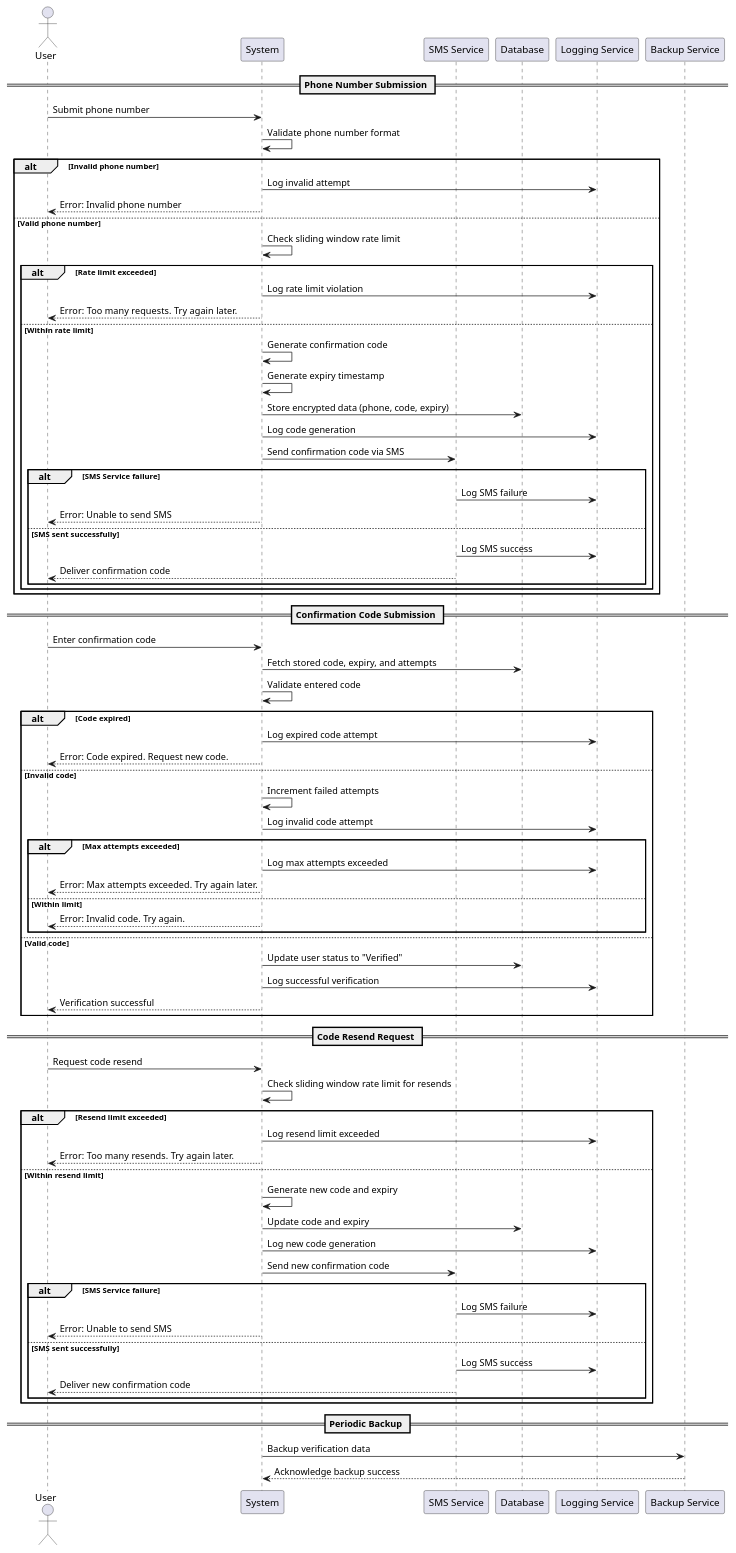
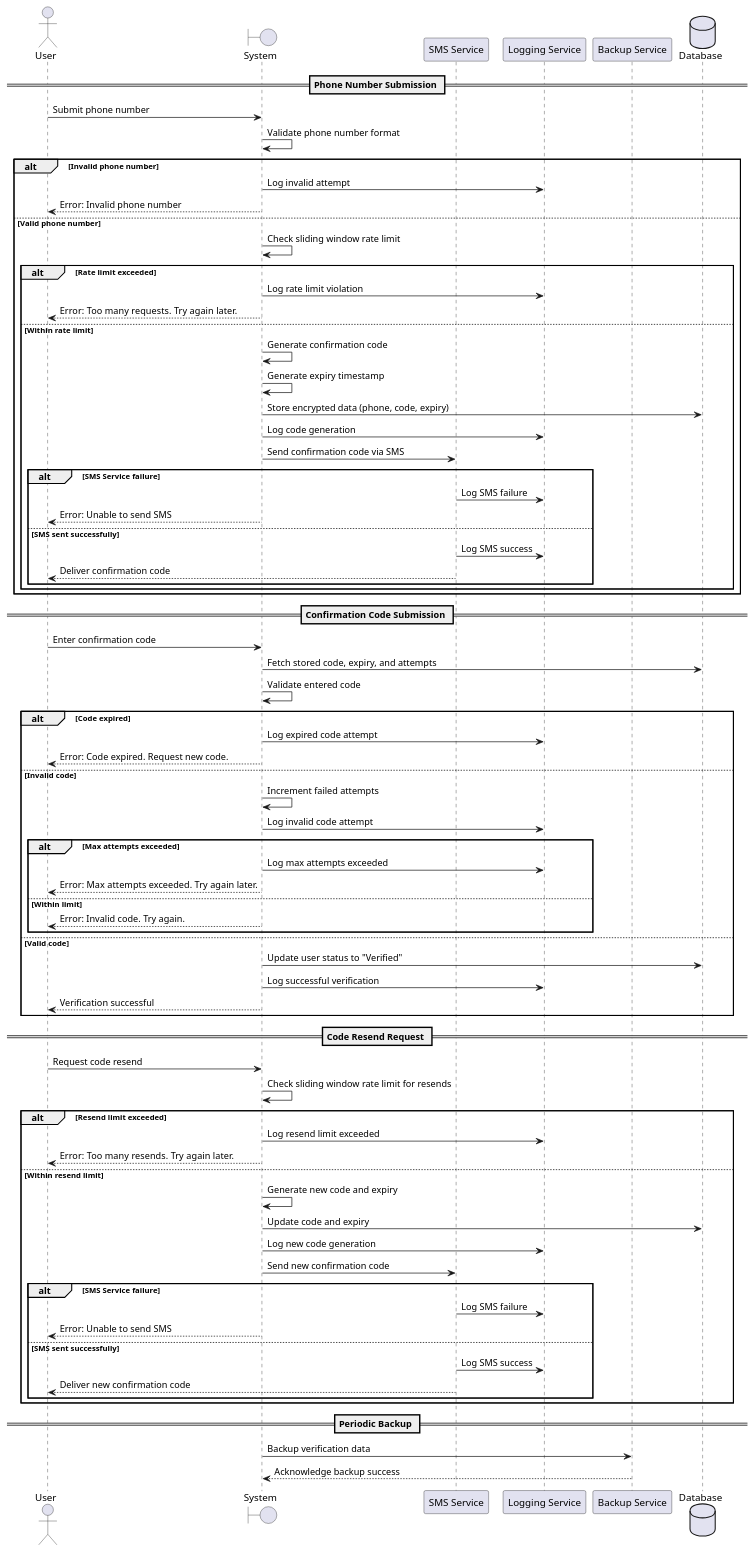
Before and after one commit to jayd719/PhoneNumberVerification: the diagram in docs/serviceinteractionflows.plantuml, drawn with PlantUML. The commit also changed 10 other files, not shown here.

```diff
--- a/docs/serviceinteractionflows.plantuml
+++ b/docs/serviceinteractionflows.plantuml
@@ -1,82 +1,82 @@
 @startuml serverInter
 actor User
-participant "System" as System
+boundary "System" as System
 participant "SMS Service" as SMS
-participant "Database" as DB
 participant "Logging Service" as Log
 participant "Backup Service" as Backup
+database "Database" as DB
 
 == Phone Number Submission ==
 User -> System: Submit phone number
 System -> System: Validate phone number format
 alt Invalid phone number
     System -> Log: Log invalid attempt
     System --> User: Error: Invalid phone number
 else Valid phone number
     System -> System: Check sliding window rate limit
     alt Rate limit exceeded
         System -> Log: Log rate limit violation
         System --> User: Error: Too many requests. Try again later.
     else Within rate limit
         System -> System: Generate confirmation code
         System -> System: Generate expiry timestamp
         System -> DB: Store encrypted data (phone, code, expiry)
         System -> Log: Log code generation
         System -> SMS: Send confirmation code via SMS
         alt SMS Service failure
             SMS -> Log: Log SMS failure
             System --> User: Error: Unable to send SMS
         else SMS sent successfully
             SMS -> Log: Log SMS success
             SMS --> User: Deliver confirmation code
         end
     end
 end
 
 == Confirmation Code Submission ==
 User -> System: Enter confirmation code
 System -> DB: Fetch stored code, expiry, and attempts
 System -> System: Validate entered code
 alt Code expired
     System -> Log: Log expired code attempt
     System --> User: Error: Code expired. Request new code.
 else Invalid code
     System -> System: Increment failed attempts
     System -> Log: Log invalid code attempt
     alt Max attempts exceeded
         System -> Log: Log max attempts exceeded
         System --> User: Error: Max attempts exceeded. Try again later.
     else Within limit
         System --> User: Error: Invalid code. Try again.
     end
 else Valid code
     System -> DB: Update user status to "Verified"
     System -> Log: Log successful verification
     System --> User: Verification successful
 end
 
 == Code Resend Request ==
 User -> System: Request code resend
 System -> System: Check sliding window rate limit for resends
 alt Resend limit exceeded
     System -> Log: Log resend limit exceeded
     System --> User: Error: Too many resends. Try again later.
 else Within resend limit
     System -> System: Generate new code and expiry
     System -> DB: Update code and expiry
     System -> Log: Log new code generation
     System -> SMS: Send new confirmation code
     alt SMS Service failure
         SMS -> Log: Log SMS failure
         System --> User: Error: Unable to send SMS
     else SMS sent successfully
         SMS -> Log: Log SMS success
         SMS --> User: Deliver new confirmation code
     end
 end
 
 == Periodic Backup ==
 System -> Backup: Backup verification data
 Backup --> System: Acknowledge backup success
 
 @enduml
```
